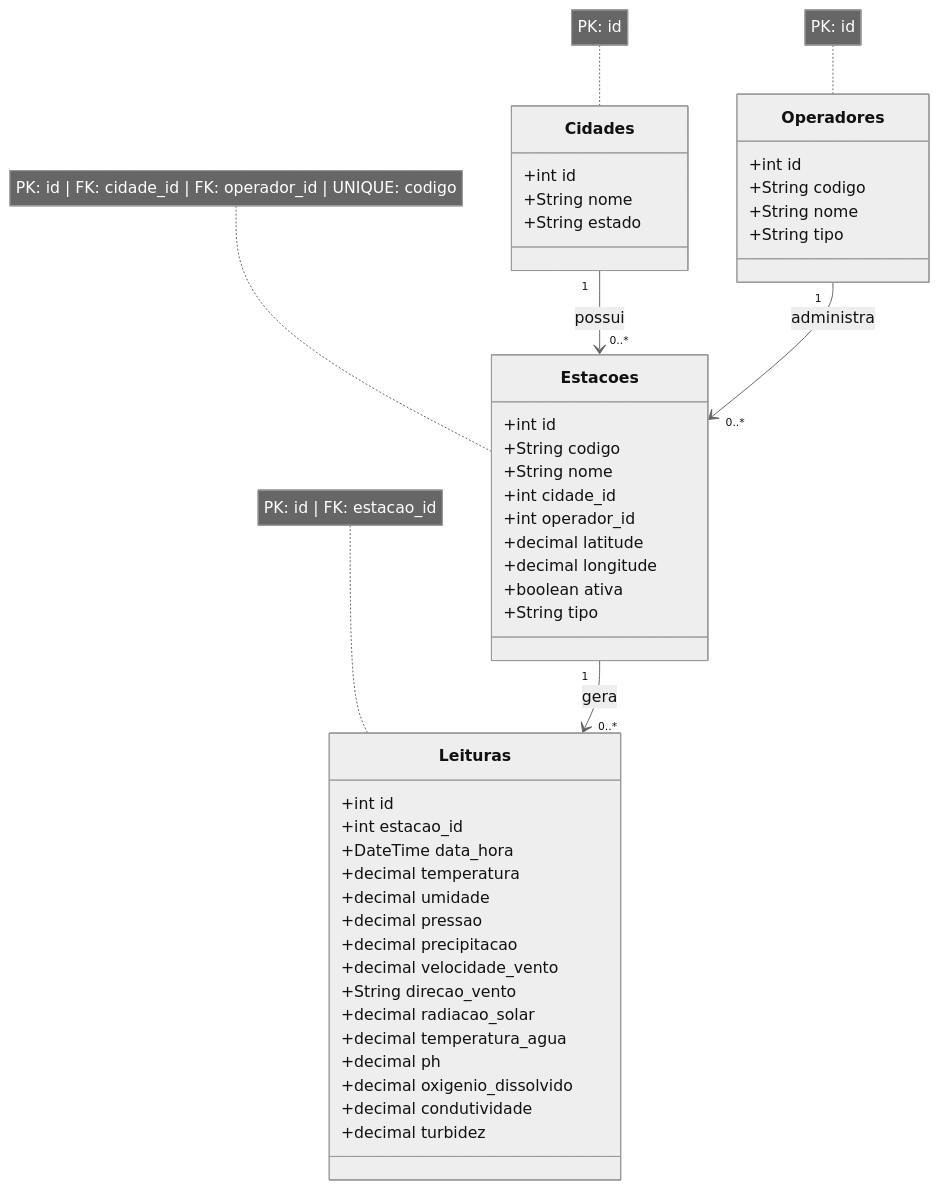
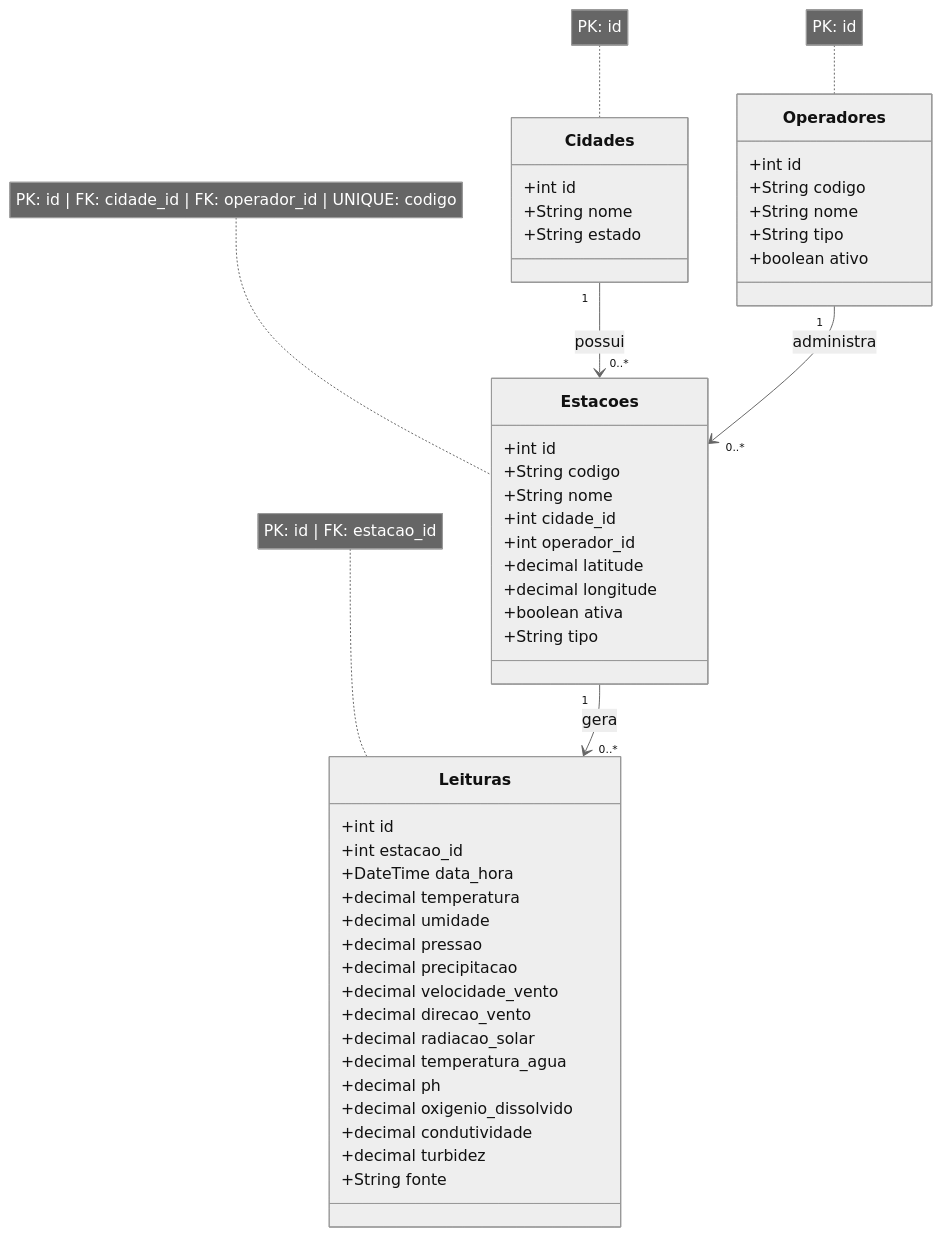
One commit to campagsi/data-science-ia changed the diagram in docs/modelagem-banco.md. Above: the diagram before and after it, drawn with Mermaid (neutral theme). The commit also changed other lines of this file and 13 other files, not shown here.

````diff
--- a/docs/modelagem-banco.md
+++ b/docs/modelagem-banco.md
@@ -14,55 +14,57 @@
 ```mermaid
 classDiagram
 
     Cidades "1" --> "0..*" Estacoes : possui
     Operadores "1" --> "0..*" Estacoes : administra
     Estacoes "1" --> "0..*" Leituras : gera
 
     class Cidades {
         +int id
         +String nome
         +String estado
     }
 
     class Operadores {
         +int id
         +String codigo
         +String nome
         +String tipo
+        +boolean ativo
     }
 
     class Estacoes {
         +int id
         +String codigo
         +String nome
         +int cidade_id
         +int operador_id
         +decimal latitude
         +decimal longitude
         +boolean ativa
         +String tipo
     }
 
     class Leituras {
         +int id
         +int estacao_id
         +DateTime data_hora
         +decimal temperatura
         +decimal umidade
         +decimal pressao
         +decimal precipitacao
         +decimal velocidade_vento
-        +String direcao_vento
+        +decimal direcao_vento
         +decimal radiacao_solar
         +decimal temperatura_agua
         +decimal ph
         +decimal oxigenio_dissolvido
         +decimal condutividade
         +decimal turbidez
+        +String fonte
     }
 
     note for Cidades "PK: id"
     note for Operadores "PK: id"
     note for Estacoes "PK: id | FK: cidade_id | FK: operador_id | UNIQUE: codigo"
     note for Leituras "PK: id | FK: estacao_id"
 ```
````
